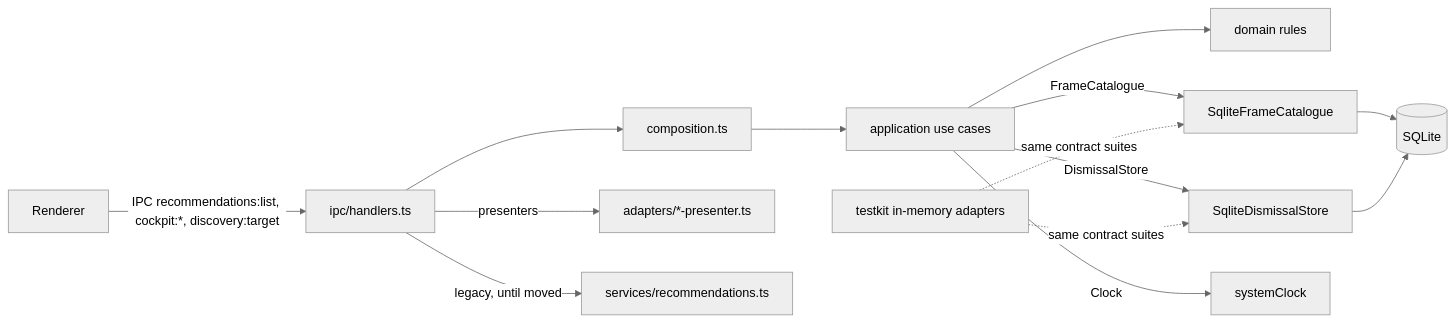
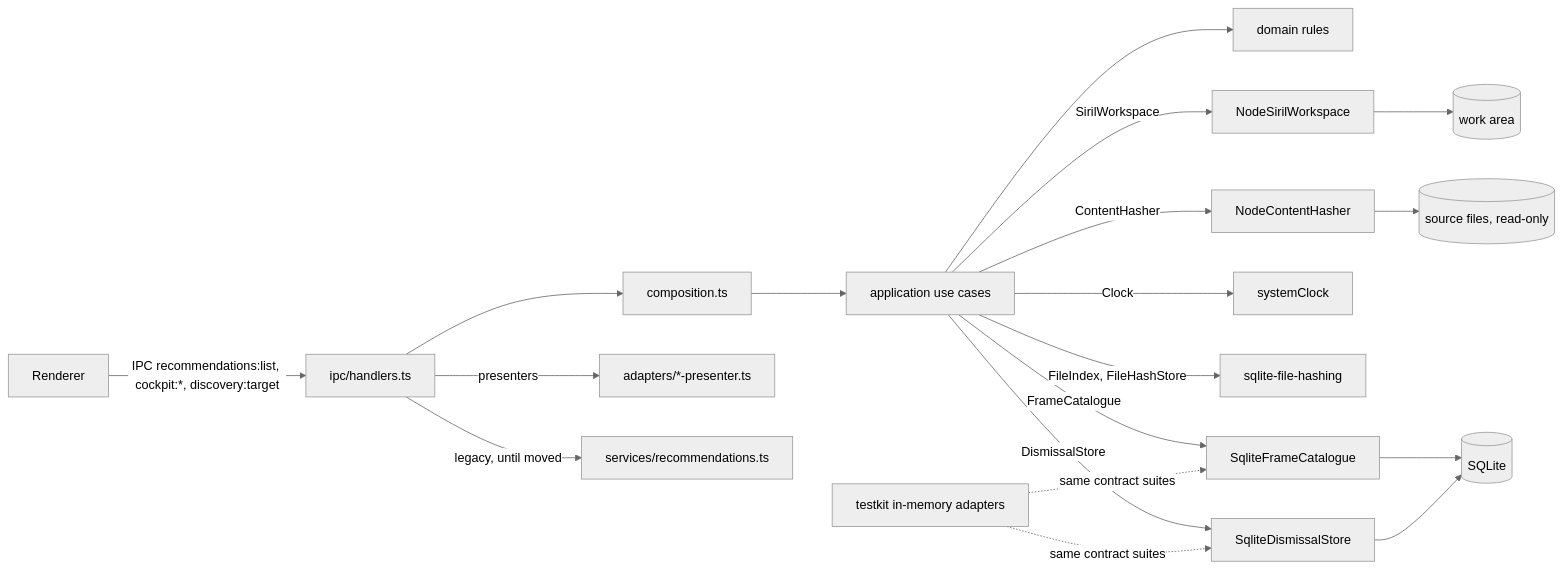
Before and after one commit to lgriffin/astrorepo: the diagram in docs/architecture/hexagonal.md, drawn with Mermaid (neutral theme). The commit also changed other lines of this file and 49 other files, not shown here.

First line of the commit message:
Ingest core: read-only Siril prep, fast rescans, quarantine, duplicates

````diff
--- a/docs/architecture/hexagonal.md
+++ b/docs/architecture/hexagonal.md
@@ -21,15 +21,20 @@
 ```mermaid
 flowchart LR
   UI[Renderer] -->|IPC recommendations:list, cockpit:*, discovery:target| H[ipc/handlers.ts]
   H --> C[composition.ts]
   C --> UC[application use cases]
   UC --> D[domain rules]
   UC -->|FrameCatalogue| A1[SqliteFrameCatalogue]
   UC -->|DismissalStore| A2[SqliteDismissalStore]
   UC -->|Clock| A3[systemClock]
+  UC -->|FileIndex, FileHashStore| A4[sqlite-file-hashing]
+  UC -->|ContentHasher| A5[NodeContentHasher]
+  UC -->|SirilWorkspace| A6[NodeSirilWorkspace]
+  A5 --> FS[(source files, read-only)]
+  A6 --> WA[(work area)]
   A1 --> DB[(SQLite)]
   A2 --> DB
   T[testkit in-memory adapters] -.same contract suites.-> A1 & A2
   H -->|presenters| P[adapters/*-presenter.ts]
   H -->|legacy, until moved| S[services/recommendations.ts]
 ```
````
